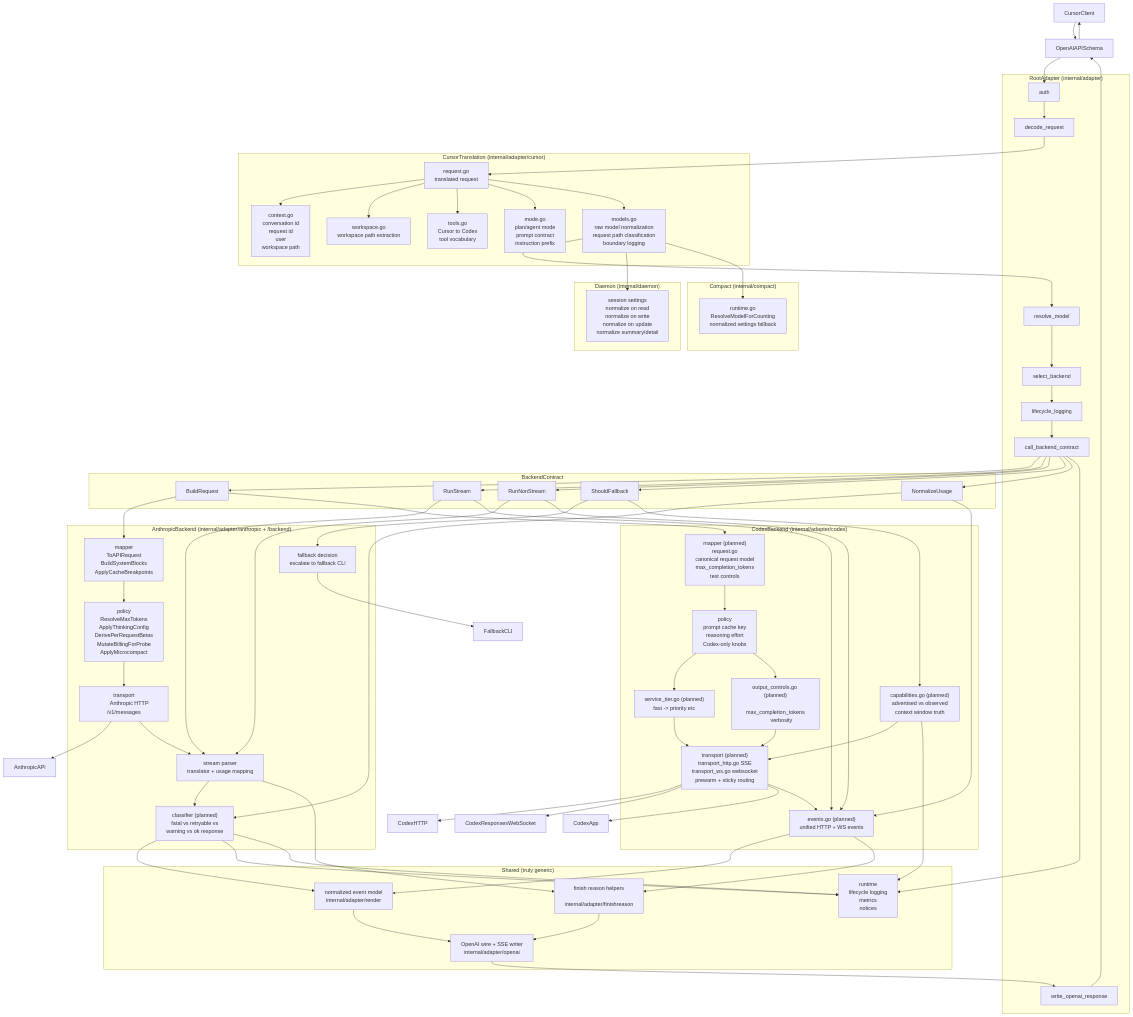
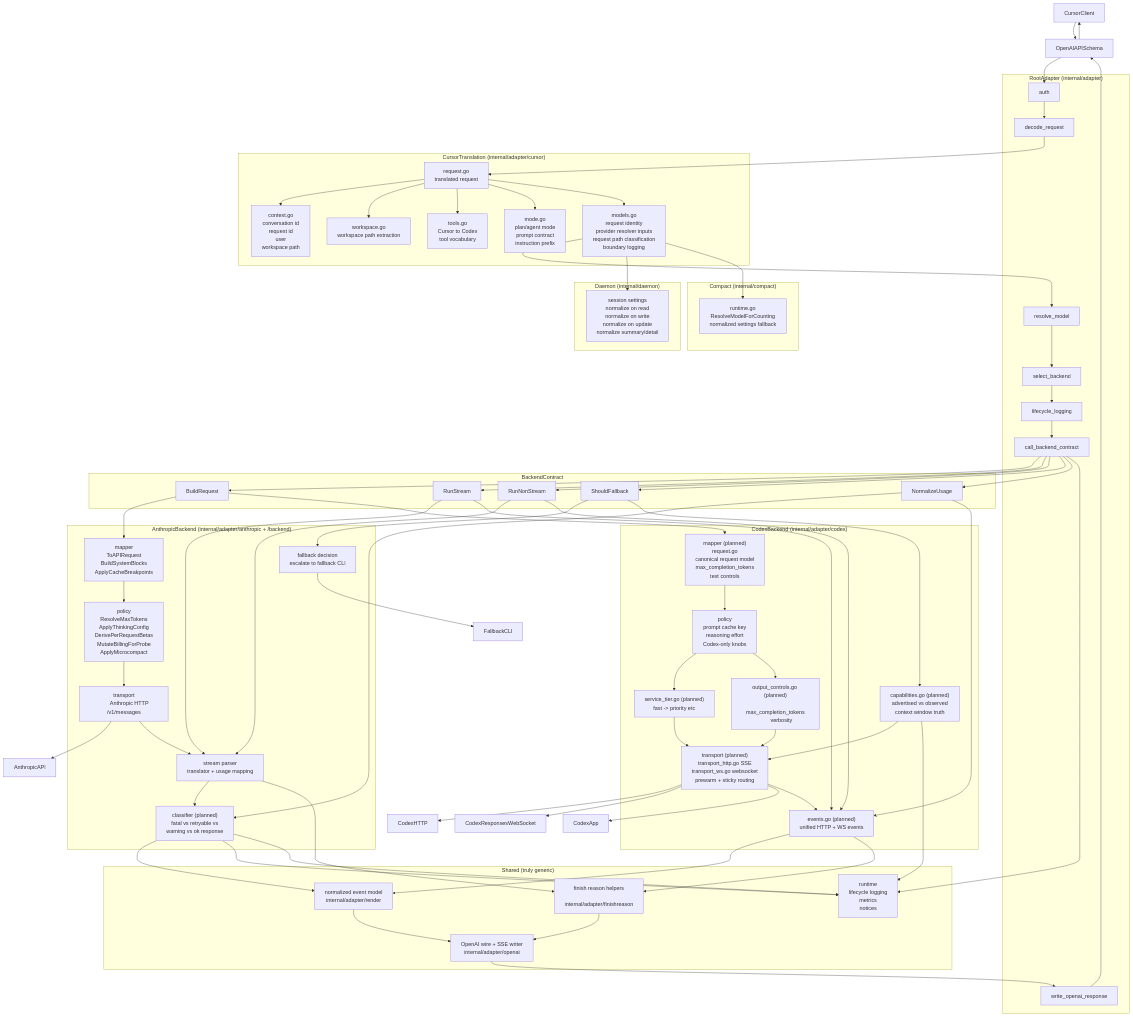
Before and after one commit to agoodkind/clotilde: the second of 3 diagrams in docs/adapter-refactor/adapter-refactor.md, drawn with Mermaid. The commit also changed other lines of this file and 40 other files, not shown here.

```diff
--- a/docs/adapter-refactor/adapter-refactor.md
+++ b/docs/adapter-refactor/adapter-refactor.md
@@ -440,7 +450,8 @@
         prompt contract
         instruction prefix"]
         CursorModels["models.go
-        raw model normalization
+        request identity
+        provider resolver inputs
         request path classification
         boundary logging"]
     end
```
